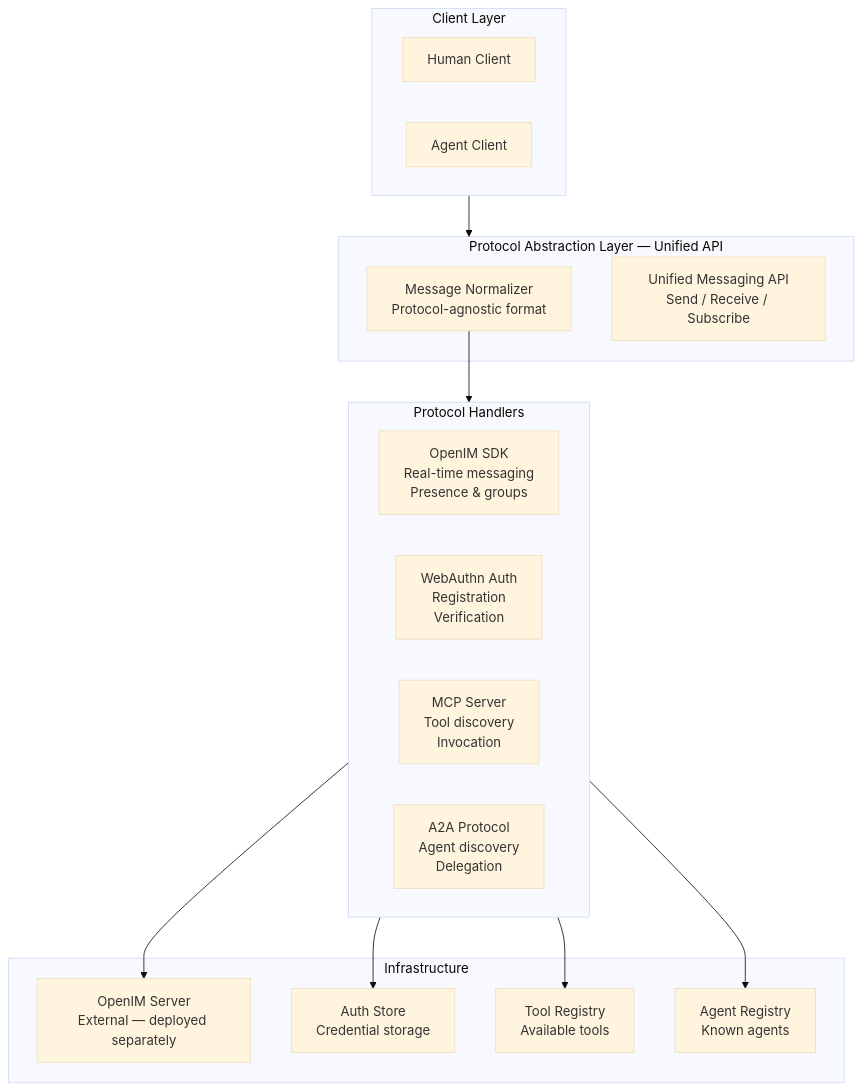
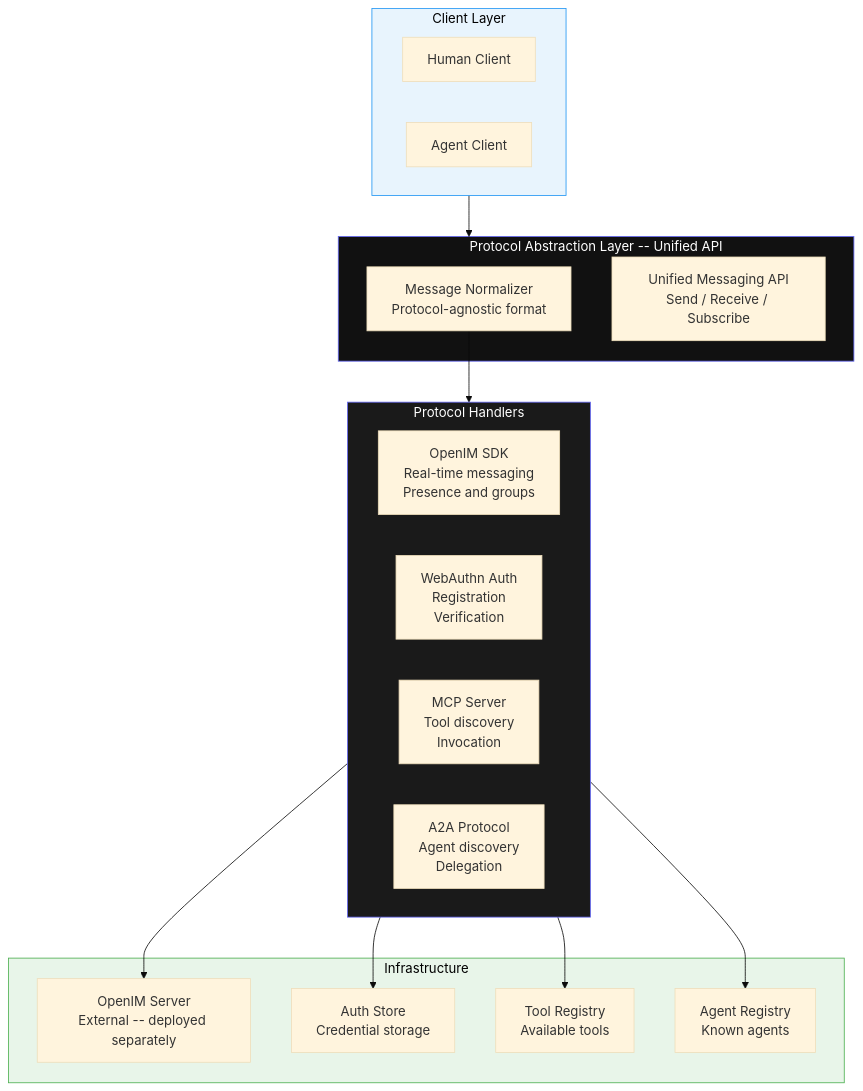
Before and after one commit to mulkymalikuldhrs/kalen: the second of 4 diagrams in README.md, drawn with Mermaid (base theme). The commit also changed other lines of this file and 1 other file, not shown here.

Commit message:
🎨 Upgrade: banner image + fixed Mermaid + animations + flow diagrams

````diff
--- a/README.md
+++ b/README.md
@@ -226,34 +193,39 @@
 ```mermaid
 flowchart TB
     subgraph Clients["Client Layer"]
         HClient[Human Client]
         AClient[Agent Client]
     end
 
-    subgraph Abstraction["Protocol Abstraction Layer — Unified API"]
+    subgraph Abstraction["Protocol Abstraction Layer -- Unified API"]
         Normalizer[Message Normalizer<br/>Protocol-agnostic format]
         Unified[Unified Messaging API<br/>Send / Receive / Subscribe]
     end
 
     subgraph Protocols["Protocol Handlers"]
         direction LR
-        OpenIM[OpenIM SDK<br/>Real-time messaging<br/>Presence & groups]
+        OpenIM[OpenIM SDK<br/>Real-time messaging<br/>Presence and groups]
         WebAuthn[WebAuthn Auth<br/>Registration<br/>Verification]
         MCPServer[MCP Server<br/>Tool discovery<br/>Invocation]
-        A2A[A2A Protocol<br/>Agent discovery<br/>Delegation]
+        A2AProtocol[A2A Protocol<br/>Agent discovery<br/>Delegation]
     end
 
     subgraph Infra["Infrastructure"]
-        OpenIMSrv[OpenIM Server<br/>External — deployed separately]
+        OpenIMSrv[OpenIM Server<br/>External -- deployed separately]
         AuthStore[Auth Store<br/>Credential storage]
         ToolReg[Tool Registry<br/>Available tools]
         AgentReg[Agent Registry<br/>Known agents]
     end
 
     Clients --> Abstraction
     Normalizer --> Protocols
     OpenIM --> OpenIMSrv
     WebAuthn --> AuthStore
     MCPServer --> ToolReg
-    A2A --> AgentReg
+    A2AProtocol --> AgentReg
+
+    style Clients fill:#e8f4fd,stroke:#2196f3,color:#000
+    style Abstraction fill:#111111,stroke:#6366f1,color:#fff
+    style Protocols fill:#1a1a1a,stroke:#6366f1,color:#fff
+    style Infra fill:#e8f5e9,stroke:#4caf50,color:#000
 ```
````
